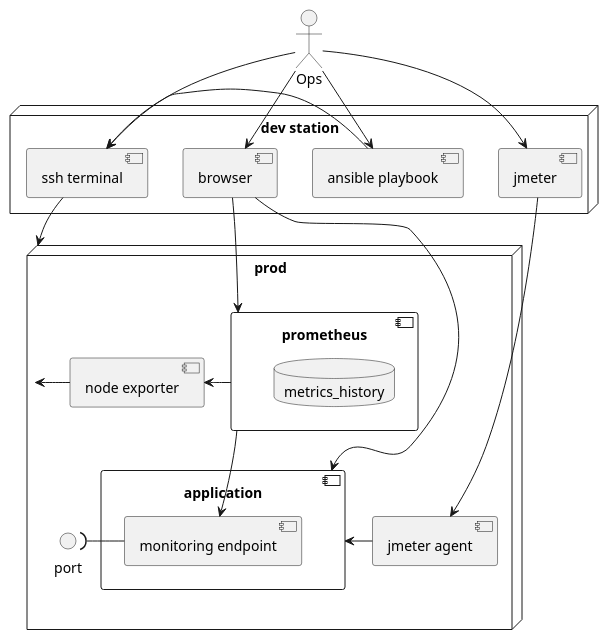
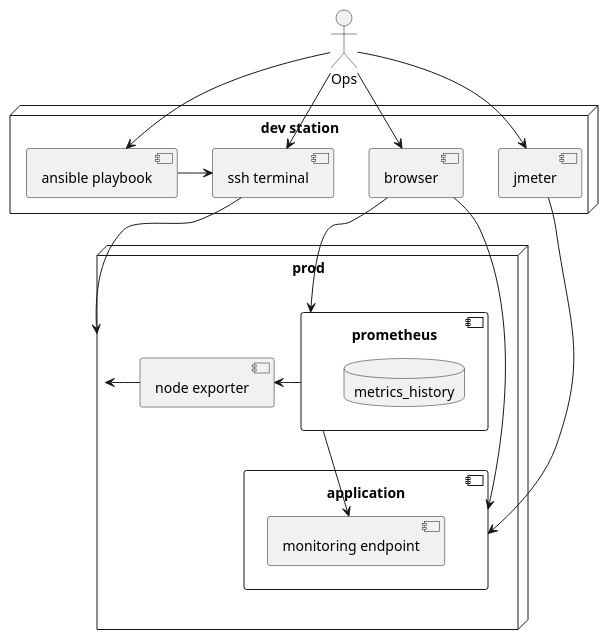
One commit to zdvpr/java-application-monitoring-and-troubleshooting changed the second of 2 diagrams in README.md. Above: the diagram before and after it, drawn with PlantUML. The commit also changed other lines of this file and 1 other file, not shown here.

````diff
--- a/README.md
+++ b/README.md
@@ -320,45 +320,40 @@
 ```puml
 @startuml
 node "dev station" as devstation {
  [ssh terminal] as terminal
  [ansible playbook] as ansible
  [browser]
  [jmeter]
 
  ansible -> terminal
 }
 
 actor Ops as ops
 ops --> ansible
 ops --> terminal
 ops --> browser
 ops --> jmeter
 
 node prod {
- [jmeter agent] as jmeter_agent
  [node exporter] as node_exporter
 
  component [application] {
   [monitoring endpoint] as monitor
  }
 
  component [prometheus] {
   database metrics_history
  }
 
  prometheus --> monitor
  prometheus -> node_exporter
 
- jmeter_agent -> application
+ jmeter -> application
  node_exporter -> prod
-
- interface port
- monitor -( port
 }
 
 terminal --> prod
 browser --> prometheus
 browser --> application
-jmeter --> jmeter_agent
 @enduml
 ```
````
